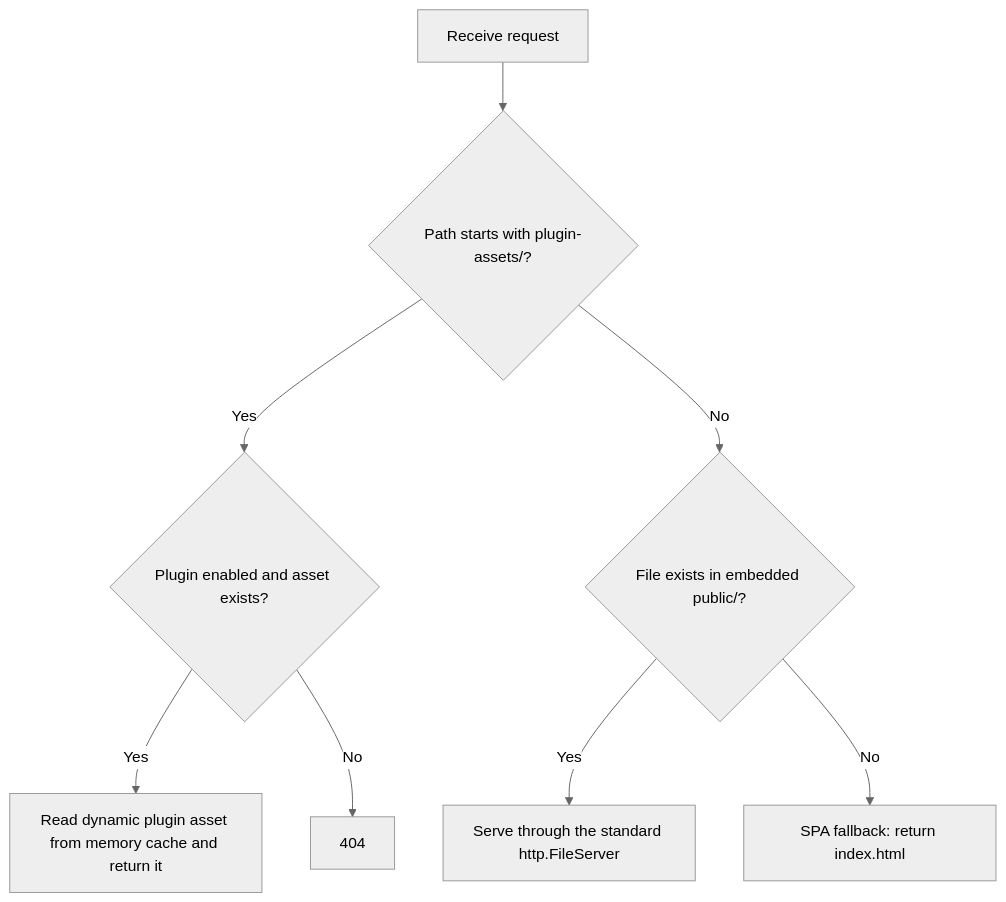
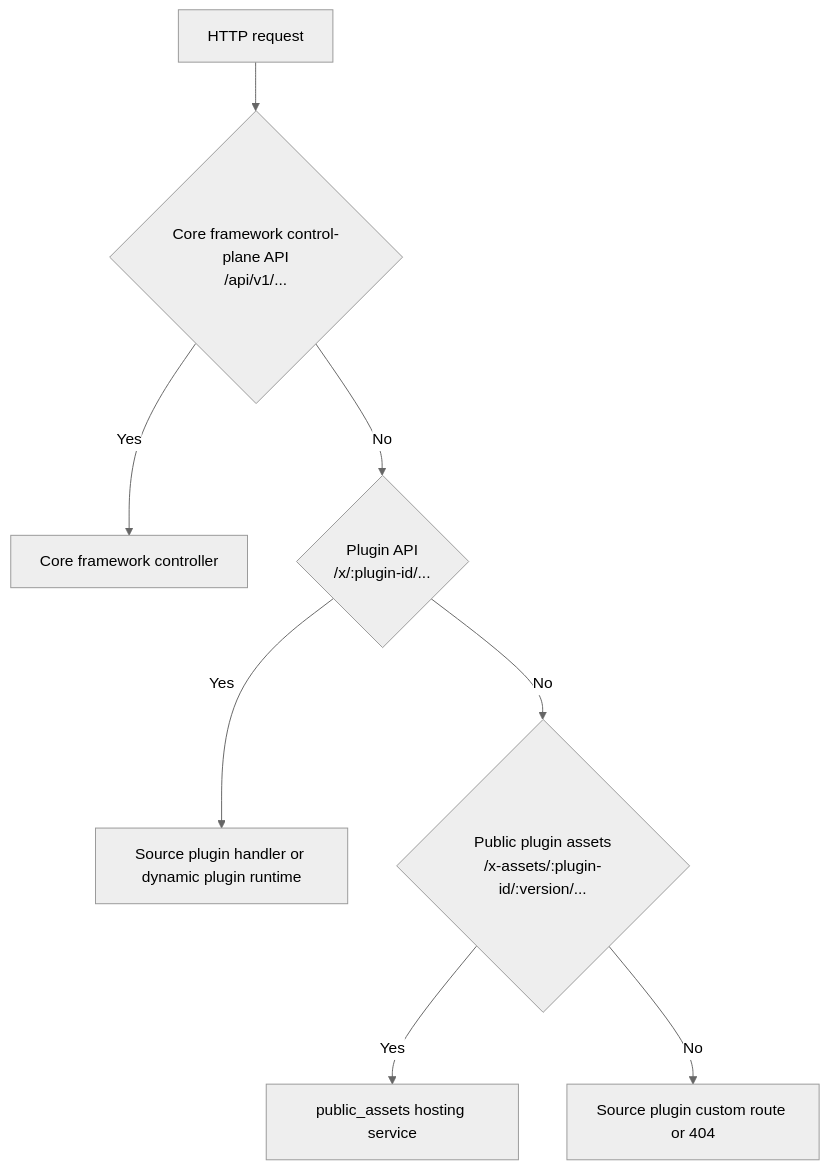
The diagram in apps/lina-site/i18n/en/docusaurus-plugin-content-docs/current/docs/2000-components/10500-static-assets.md (linaproai/linapro-site), drawn with Mermaid (neutral theme) before and after one commit. The commit also changed other lines of this file and 60 other files, not shown here.

````diff
--- a/apps/lina-site/i18n/en/docusaurus-plugin-content-docs/current/docs/2000-components/10500-static-assets.md
+++ b/apps/lina-site/i18n/en/docusaurus-plugin-content-docs/current/docs/2000-components/10500-static-assets.md
@@ -102,10 +94,10 @@
 ```mermaid
 flowchart TD
-    A[Receive request] --> B{Path starts with plugin-assets/?}
-    B -- Yes --> C{Plugin enabled and asset exists?}
-    C -- Yes --> D[Read dynamic plugin asset from memory cache and return it]
-    C -- No --> E[404]
-    B -- No --> F{File exists in embedded public/?}
-    F -- Yes --> G[Serve through the standard http.FileServer]
-    F -- No --> H[SPA fallback: return index.html]
+    A[HTTP request] --> B{Core framework control-plane API<br/>/api/v1/...}
+    B -- Yes --> C[Core framework controller]
+    B -- No --> D{Plugin API<br/>/x/:plugin-id/...}
+    D -- Yes --> E[Source plugin handler or dynamic plugin runtime]
+    D -- No --> F{Public plugin assets<br/>/x-assets/:plugin-id/:version/...}
+    F -- Yes --> G[public_assets hosting service]
+    F -- No --> H[Source plugin custom route or 404]
 ```
````
